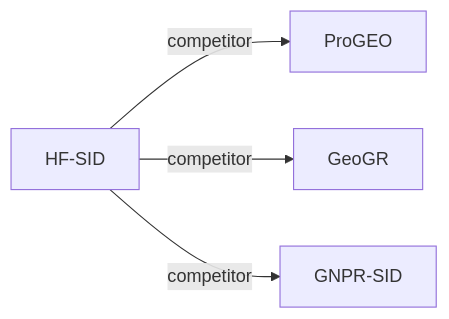
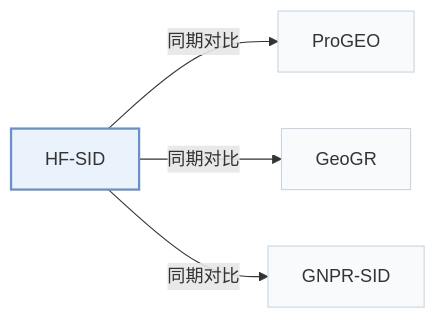
One commit to Galaxy-ghost/Awesome-SID-Generative-Rec changed the second of 2 diagrams in pages/zh/papers/hf-sid.md. Above: the diagram before and after it, drawn with Mermaid. The commit also changed other lines of this file and 649 other files, not shown here.

Commit message:
writer-05: also tags and modality index (schema, check, build, visuals); summary field removed; calibration data for 12 papers

````diff
--- a/pages/zh/papers/hf-sid.md
+++ b/pages/zh/papers/hf-sid.md
@@ -70,7 +74,11 @@
 ```mermaid
 flowchart LR
     P["HF-SID"]
-    P -->|competitor| A["ProGEO"]
-    P -->|competitor| B["GeoGR"]
-    P -->|competitor| C["GNPR-SID"]
+    P -->|"同期对比"| A["ProGEO"]
+    P -->|"同期对比"| B["GeoGR"]
+    P -->|"同期对比"| C["GNPR-SID"]
+    classDef main fill:#eaf2fb,stroke:#6b8fc7,stroke-width:2px
+    classDef peer fill:#f8fafc,stroke:#cbd5e1
+    class P main
+    class A,B,C peer
 ```
````
